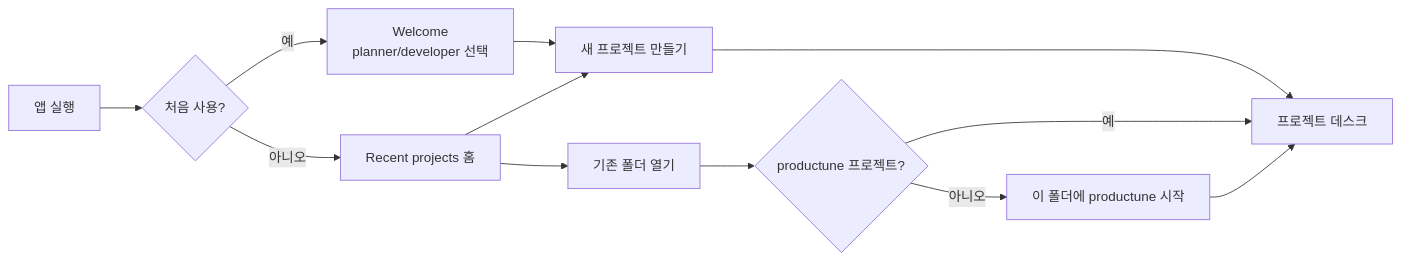
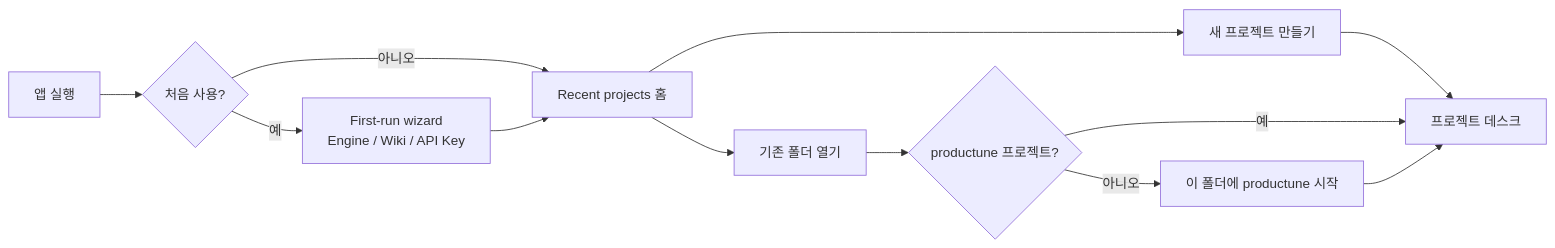
One commit to shawn-kim-axz/productune changed the first of 9 diagrams in docs/design/service-flow-and-screens.md. Above: the diagram before and after it, drawn with Mermaid. The commit also changed other lines of this file and 53 other files, not shown here.

````diff
--- a/docs/design/service-flow-and-screens.md
+++ b/docs/design/service-flow-and-screens.md
@@ -29,14 +30,14 @@
 ```mermaid
 flowchart LR
   A[앱 실행] --> B{처음 사용?}
-  B -- 예 --> C[Welcome<br/>planner/developer 선택]
+  B -- 예 --> C[First-run wizard<br/>Engine / Wiki / API Key]
   B -- 아니오 --> D[Recent projects 홈]
-  C --> E[새 프로젝트 만들기]
-  D --> E
+  C --> D
+  D --> E[새 프로젝트 만들기]
   D --> F[기존 폴더 열기]
   E --> G[프로젝트 데스크]
   F --> H{productune 프로젝트?}
   H -- 예 --> G
   H -- 아니오 --> I[이 폴더에 productune 시작]
   I --> G
 ```
````
